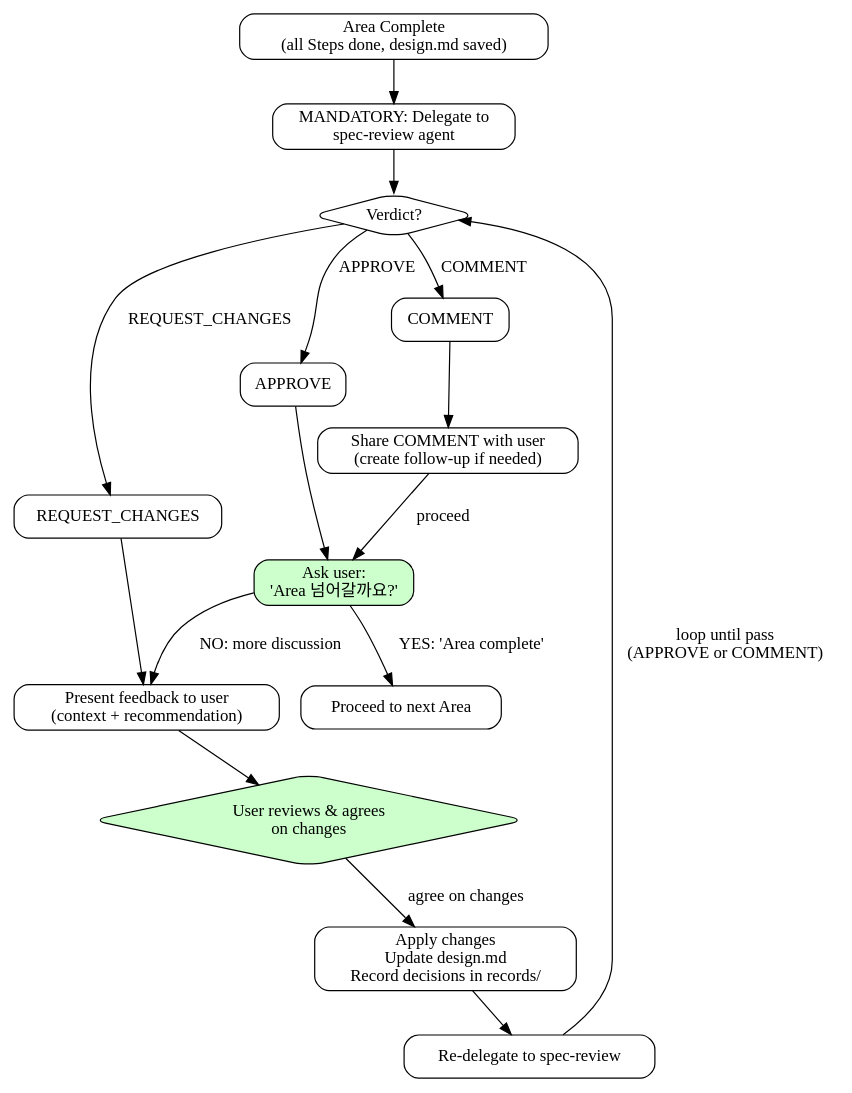
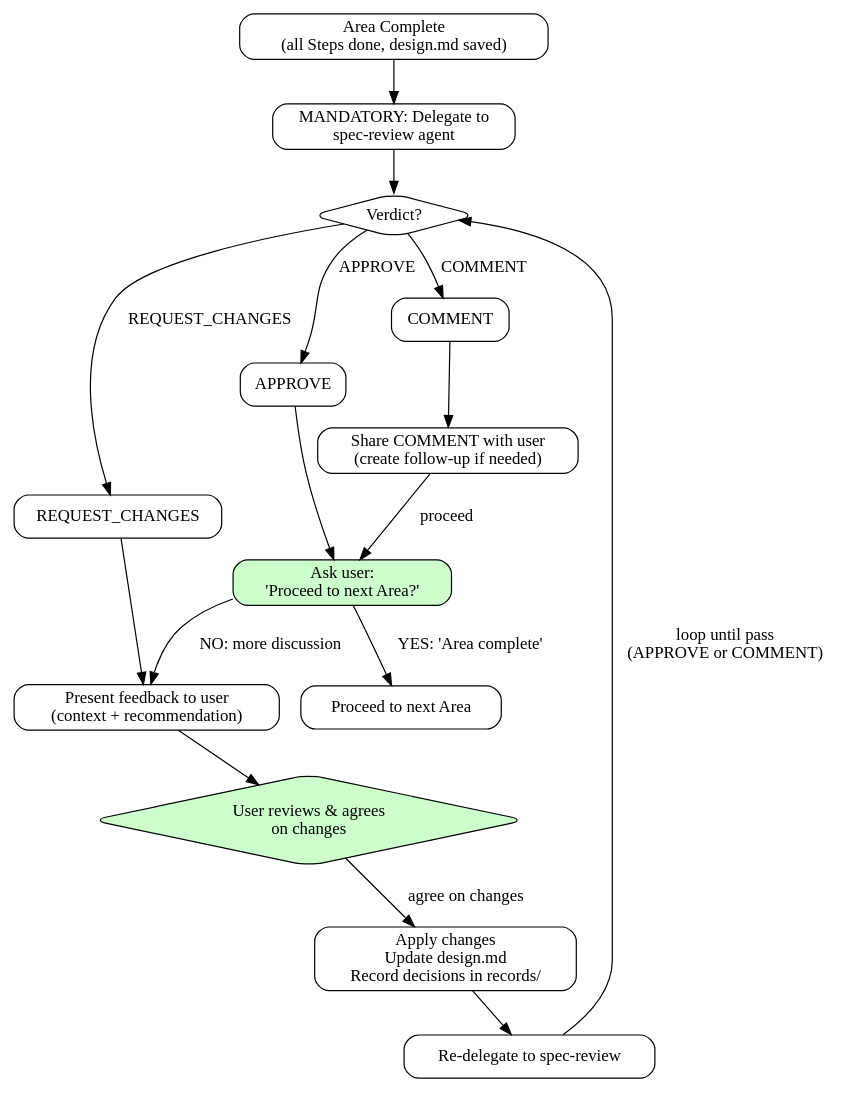
One commit to toongri/oh-my-toong-playground changed the second of 3 diagrams in skills/spec/SKILL.md. Above: the diagram before and after it, drawn with Graphviz. The commit also changed other lines of this file, not shown here.

````diff
--- a/skills/spec/SKILL.md
+++ b/skills/spec/SKILL.md
@@ -669,42 +668,42 @@
 ```dot
 digraph feedback_loop {
     rankdir=TB;
     node [shape=box, style=rounded];
 
     complete_step [label="Area Complete\n(all Steps done, design.md saved)"];
     delegate [label="MANDATORY: Delegate to\nspec-review agent"];
     check_verdict [label="Verdict?", shape=diamond];
 
     approve [label="APPROVE"];
-    ask_user [label="Ask user:\n'Area 넘어갈까요?'", style="rounded,filled", fillcolor="#ccffcc"];
+    ask_user [label="Ask user:\n'Proceed to next Area?'", style="rounded,filled", fillcolor="#ccffcc"];
     next_area [label="Proceed to next Area"];
 
     request_changes [label="REQUEST_CHANGES"];
     present_feedback [label="Present feedback to user\n(context + recommendation)"];
     user_consensus [label="User reviews & agrees\non changes", shape=diamond, style="rounded,filled", fillcolor="#ccffcc"];
     incorporate [label="Apply changes\nUpdate design.md\nRecord decisions in records/"];
     re_delegate [label="Re-delegate to spec-review"];
 
     comment [label="COMMENT"];
     share_comment [label="Share COMMENT with user\n(create follow-up if needed)"];
 
     complete_step -> delegate;
     delegate -> check_verdict;
 
     check_verdict -> approve [label="APPROVE"];
     approve -> ask_user;
     ask_user -> next_area [label="YES: 'Area complete'"];
     ask_user -> present_feedback [label="NO: more discussion"];
 
     check_verdict -> request_changes [label="REQUEST_CHANGES"];
     request_changes -> present_feedback;
     present_feedback -> user_consensus;
     user_consensus -> incorporate [label="agree on changes"];
     incorporate -> re_delegate;
     re_delegate -> check_verdict [label="loop until pass\n(APPROVE or COMMENT)"];
 
     check_verdict -> comment [label="COMMENT"];
     comment -> share_comment;
     share_comment -> ask_user [label="proceed"];
 }
 ```
````
